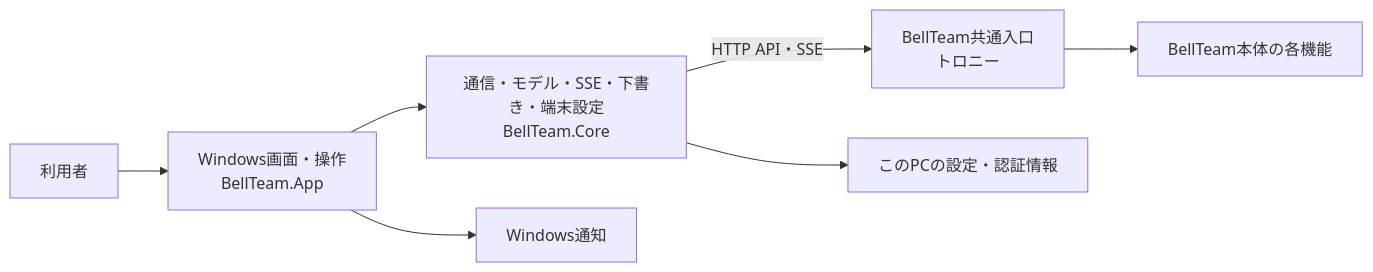
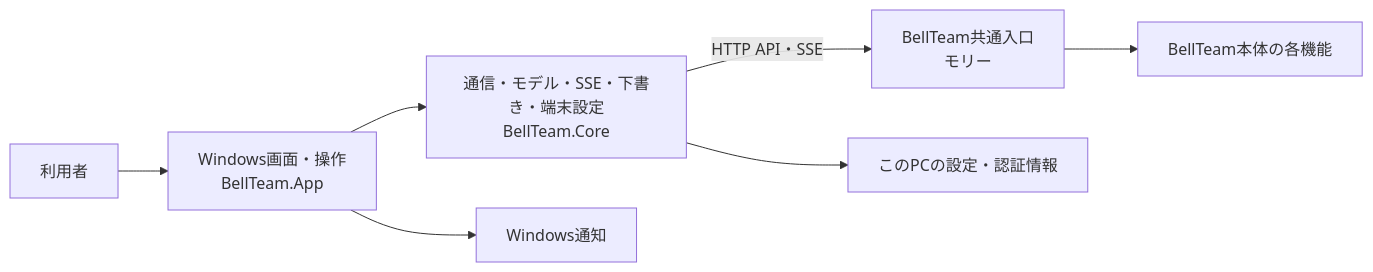
The first of 2 diagrams in docs/windows-architecture.md (kitepon/BellTeam), drawn with Mermaid before and after one commit. The commit also changed other lines of this file and 10 other files, not shown here.

````diff
--- a/docs/windows-architecture.md
+++ b/docs/windows-architecture.md
@@ -7,9 +7,9 @@
 ```mermaid
 flowchart LR
   user[利用者] --> app[Windows画面・操作<br/>BellTeam.App]
   app --> core[通信・モデル・SSE・下書き・端末設定<br/>BellTeam.Core]
-  core -->|HTTP API・SSE| integration[BellTeam共通入口<br/>トロニー]
+  core -->|HTTP API・SSE| integration[BellTeam共通入口<br/>モリー]
   core --> local[このPCの設定・認証情報]
   app --> toast[Windows通知]
   integration --> server[BellTeam本体の各機能]
 ```
````
